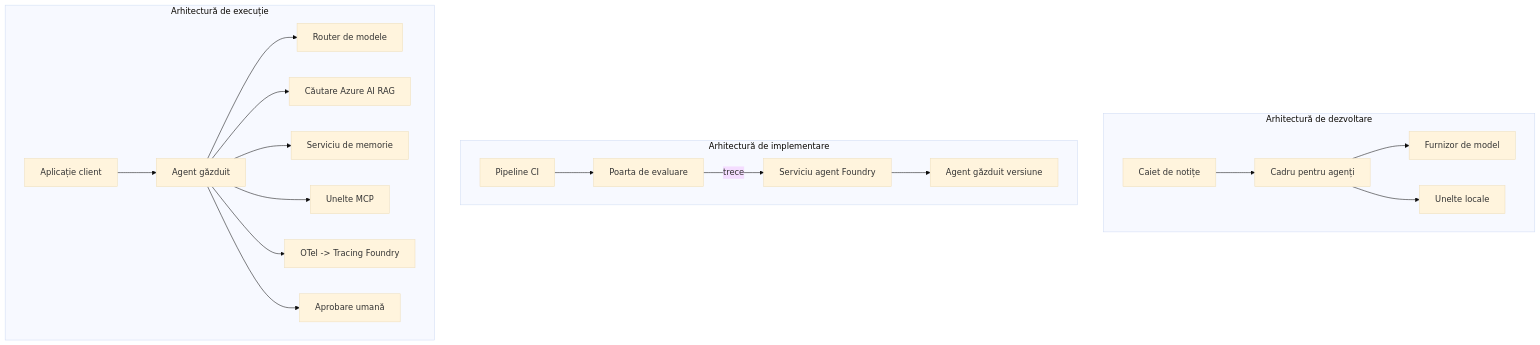
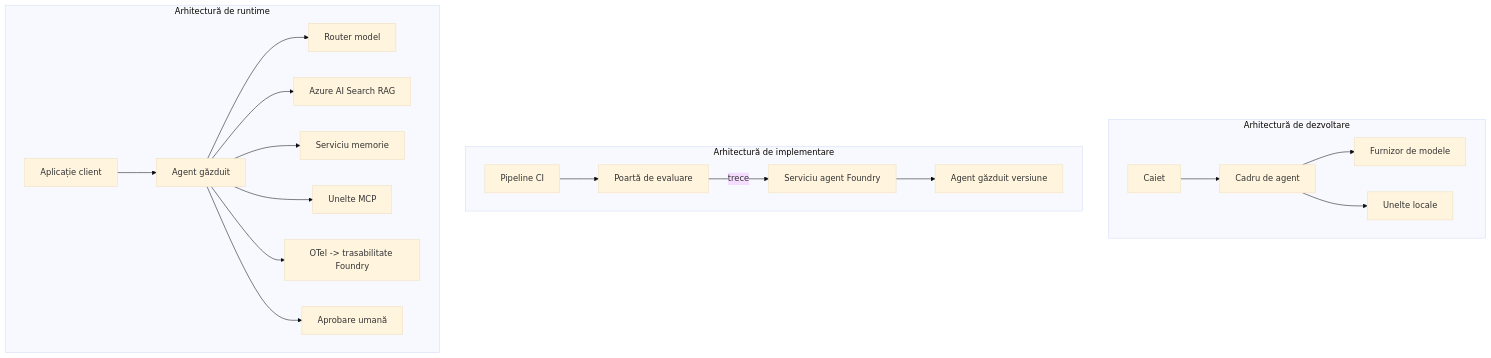
One commit to gabrielmoreira/agent-skills-mirror changed the fourth of 4 diagrams in mirrors/repos/microsoft@ai-agents-for-beginners/translations/ro/16-deploying-scalable-agents/README.md. Above: the diagram before and after it, drawn with Mermaid (base theme). The commit also changed other lines of this file and 3581 other files, not shown here.

````diff
--- a/mirrors/repos/microsoft@ai-agents-for-beginners/translations/ro/16-deploying-scalable-agents/README.md
+++ b/mirrors/repos/microsoft@ai-agents-for-beginners/translations/ro/16-deploying-scalable-agents/README.md
@@ -185,22 +185,22 @@
 ```mermaid
 flowchart TB
     subgraph Dev[Arhitectură de dezvoltare]
-        D1[Caiet de notițe] --> D2[Cadru pentru agenți]
-        D2 --> D3[Furnizor de model]
+        D1[Caiet] --> D2[Cadru de agent]
+        D2 --> D3[Furnizor de modele]
         D2 --> D4[Unelte locale]
     end
     subgraph Deploy[Arhitectură de implementare]
-        E1[Pipeline CI] --> E2[Poarta de evaluare]
+        E1[Pipeline CI] --> E2[Poartă de evaluare]
         E2 -->|trece| E3[Serviciu agent Foundry]
         E3 --> E4[Agent găzduit versiune]
     end
-    subgraph Run[Arhitectură de execuție]
+    subgraph Run[Arhitectură de runtime]
         F1[Aplicație client] --> F2[Agent găzduit]
-        F2 --> F3[Router de modele]
-        F2 --> F4[Căutare Azure AI RAG]
-        F2 --> F5[Serviciu de memorie]
+        F2 --> F3[Router model]
+        F2 --> F4[Azure AI Search RAG]
+        F2 --> F5[Serviciu memorie]
         F2 --> F6[Unelte MCP]
-        F2 --> F7[OTel -> Tracing Foundry]
+        F2 --> F7[OTel -> trasabilitate Foundry]
         F2 --> F8[Aprobare umană]
     end
 ```
````
